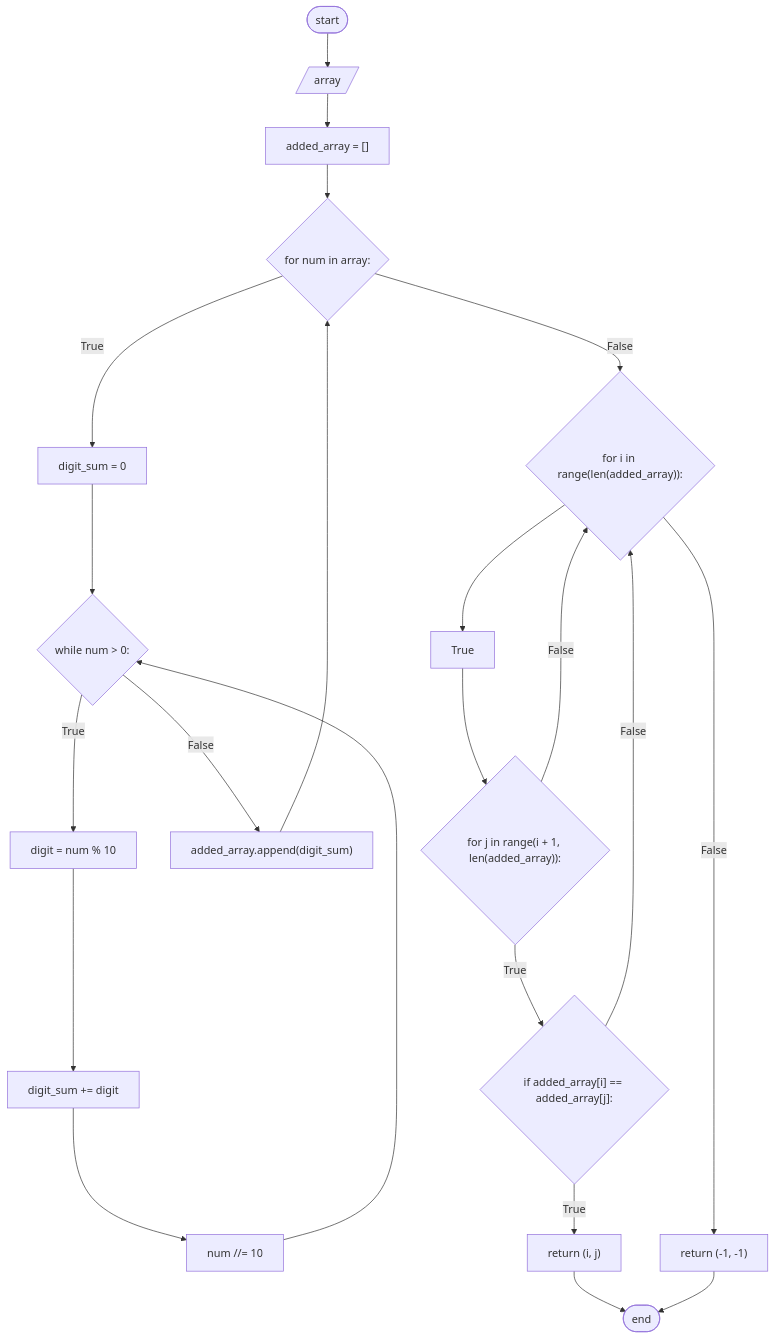
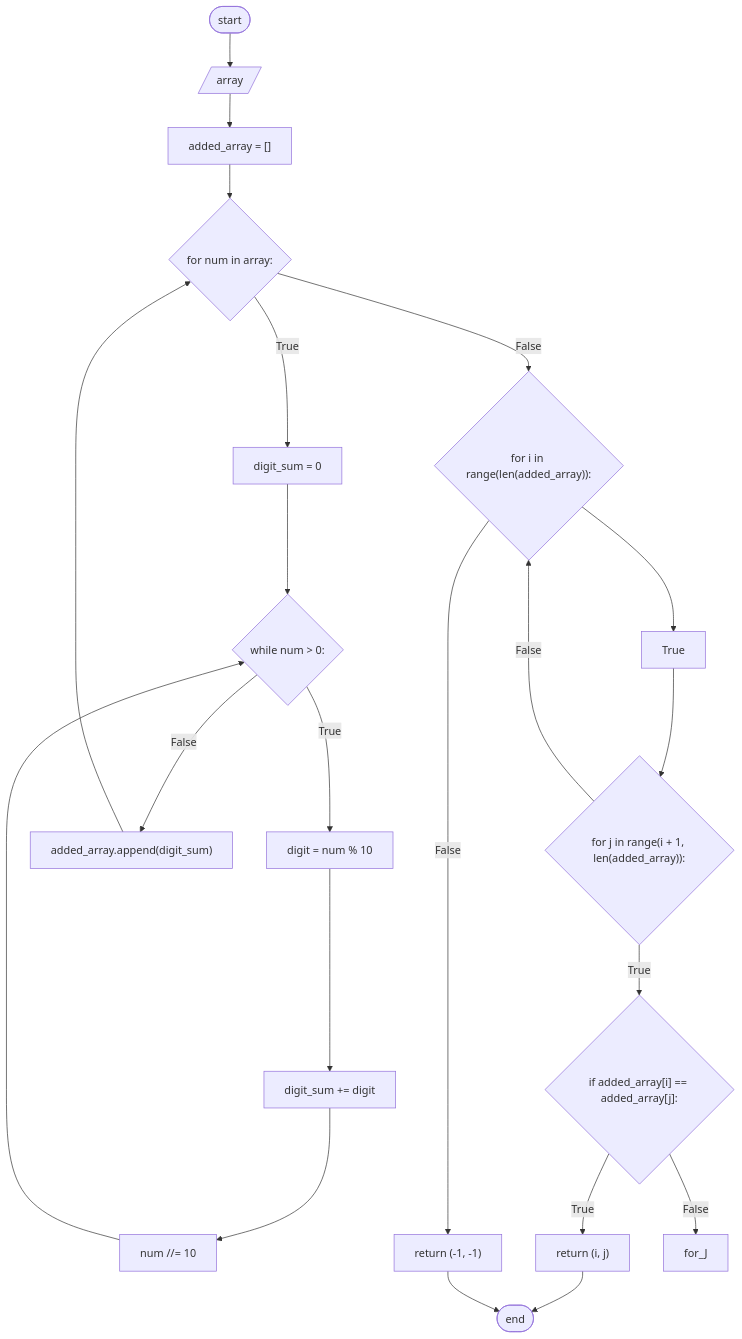
The diagram in functions/function_102/README.md (mikerusensei/flowcharts), drawn with Mermaid before and after one commit.

````diff
--- a/functions/function_102/README.md
+++ b/functions/function_102/README.md
@@ -14,40 +14,40 @@
 ```mermaid
     flowchart TD
         start([start])
         array[/array/]
         added_array["added_array = []"]
         for_num{"for num in array:"}
         digit_sum["digit_sum = 0"]
         while_num{"while num > 0:"}
         digit["digit = num % 10"]
         add_digit_sum["digit_sum += digit"]
         div_num["num //= 10"]
         append["added_array.append(digit_sum)"]
         for_i{"for i in range(len(added_array)):"}
         for_j{"for j in range(i + 1, len(added_array)):"}
         if{"if added_array[i] == added_array[j]:"}
         return["return (i, j)"]
         negative["return (-1, -1)"]
         terminate([end])
 
         start --> array
         array --> added_array
         added_array --> for_num
         for_num -- True --> digit_sum
         digit_sum --> while_num
         while_num -- True --> digit
         digit --> add_digit_sum
         add_digit_sum --> div_num
         div_num --> while_num
         append --> for_num
         while_num -- False --> append
         for_num -- False --> for_i
         for_i --> True --> for_j
         for_j -- True --> if
         if -- True --> return
         return --> terminate
-        if -- False --> for_i
+        if -- False --> for_J
         for_j -- False --> for_i
         for_i -- False --> negative
         negative --> terminate
 ```
````
